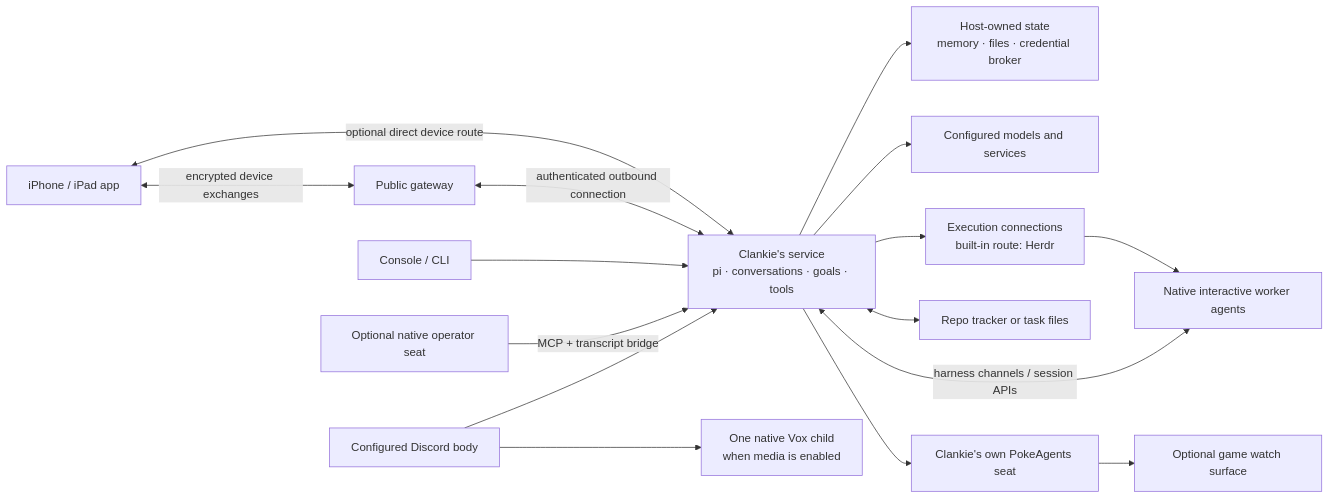
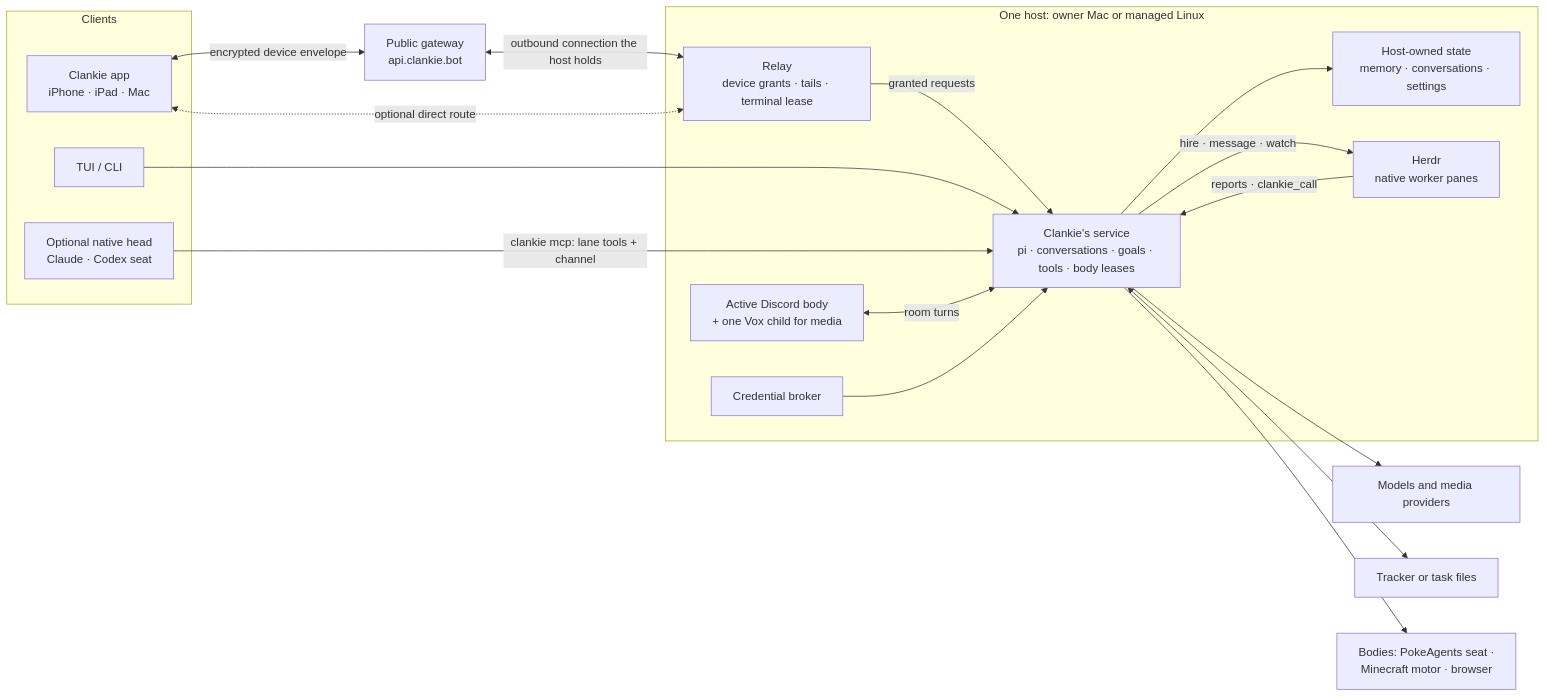
Before and after one commit to Volpestyle/clankie: the first of 4 diagrams in docs/architecture.md, drawn with Mermaid. The commit also changed other lines of this file and 106 other files, not shown here.

First line of the commit message:
docs: retire the tldraw diagram archive for a few Mermaid keystones

````diff
--- a/docs/architecture.md
+++ b/docs/architecture.md
@@ -17,18 +17,31 @@
 ```mermaid
 flowchart LR
-  App["iPhone / iPad app"] <-->|"encrypted device exchanges"| Gateway["Public gateway"]
-  App <-->|"optional direct device route"| Service
-  Gateway <-->|"authenticated outbound connection"| Service["Clankie's service<br/>pi · conversations · goals · tools"]
-  Console["Console / CLI"] --> Service
-  Native["Optional native operator seat"] -->|"MCP + transcript bridge"| Service
-  Discord["Configured Discord body"] --> Service
-  Service --> State["Host-owned state<br/>memory · files · credential broker"]
-  Service --> Models["Configured models and services"]
-  Service --> Runtime["Execution connections<br/>built-in route: Herdr"]
-  Runtime --> Workers["Native interactive worker agents"]
-  Service <-->|"harness channels / session APIs"| Workers
-  Service <--> Work["Repo tracker or task files"]
-  Service --> World["Clankie's own PokeAgents seat"]
-  World --> Viewer["Optional game watch surface"]
-  Discord --> Vox["One native Vox child<br/>when media is enabled"]
+  subgraph Clients
+    App["Clankie app<br/>iPhone · iPad · Mac"]
+    Console["TUI / CLI"]
+    Head["Optional native head<br/>Claude · Codex seat"]
+  end
+  Gateway["Public gateway<br/>api.clankie.bot"]
+  subgraph Host["One host: owner Mac or managed Linux"]
+    Relay["Relay<br/>device grants · tails · terminal lease"]
+    Service["Clankie's service<br/>pi · conversations · goals · tools · body leases"]
+    State["Host-owned state<br/>memory · conversations · settings"]
+    Broker["Credential broker"]
+    Herdr["Herdr<br/>native worker panes"]
+    Mouth["Active Discord body<br/>+ one Vox child for media"]
+  end
+  App <-->|"encrypted device envelope"| Gateway
+  Gateway <-->|"outbound connection the host holds"| Relay
+  App <-.->|"optional direct route"| Relay
+  Relay -->|"granted requests"| Service
+  Console --> Service
+  Head -->|"clankie mcp: lane tools + channel"| Service
+  Mouth <-->|"room turns"| Service
+  Service --> State
+  Broker --> Service
+  Service -->|"hire · message · watch"| Herdr
+  Herdr -->|"reports · clankie_call"| Service
+  Service --> Models["Models and media providers"]
+  Service <--> Work["Tracker or task files"]
+  Service --> Bodies["Bodies: PokeAgents seat ·<br/>Minecraft motor · browser"]
 ```
````
